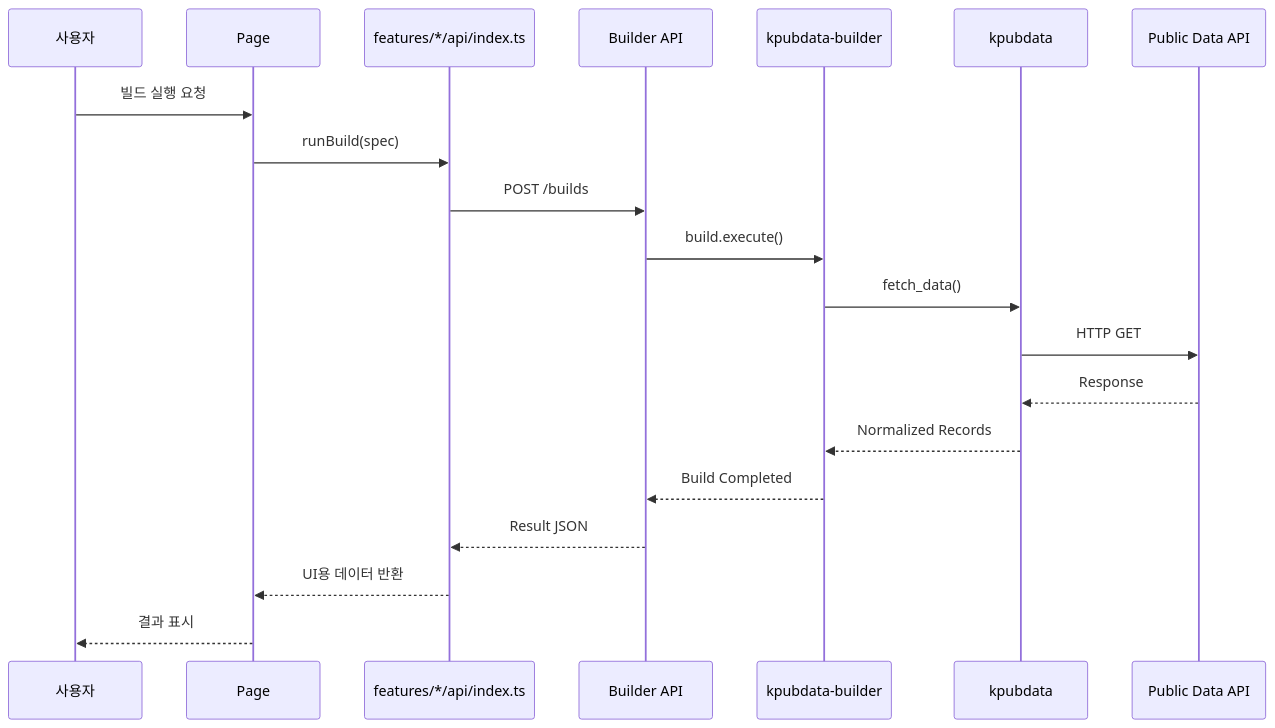
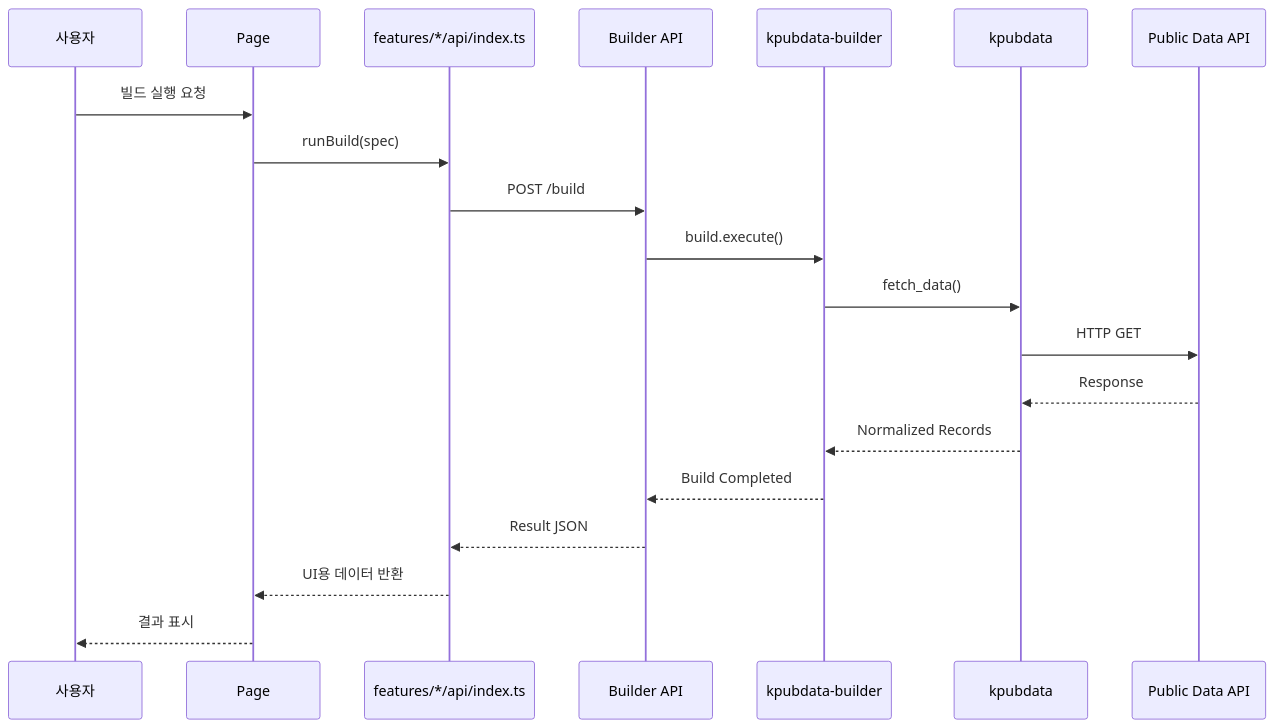
Before and after one commit to yeongseon/kpubdata-studio: the fourth of 5 diagrams in ARCHITECTURE.md, drawn with Mermaid. The commit also changed other lines of this file and 4 other files, not shown here.

````diff
--- a/ARCHITECTURE.md
+++ b/ARCHITECTURE.md
@@ -124,23 +124,23 @@
 ```mermaid
 sequenceDiagram
     participant User as 사용자
     participant Page as Page
     participant FeatureAPI as features/*/api/index.ts
     participant BAPI as Builder API
     participant Engine as kpubdata-builder
     participant Core as kpubdata
     participant Pub as Public Data API
 
     User->>Page: 빌드 실행 요청
     Page->>FeatureAPI: runBuild(spec)
-    FeatureAPI->>BAPI: POST /builds
+    FeatureAPI->>BAPI: POST /build
     BAPI->>Engine: build.execute()
     Engine->>Core: fetch_data()
     Core->>Pub: HTTP GET
     Pub-->>Core: Response
     Core-->>Engine: Normalized Records
     Engine-->>BAPI: Build Completed
     BAPI-->>FeatureAPI: Result JSON
     FeatureAPI-->>Page: UI용 데이터 반환
     Page-->>User: 결과 표시
 ```
````
